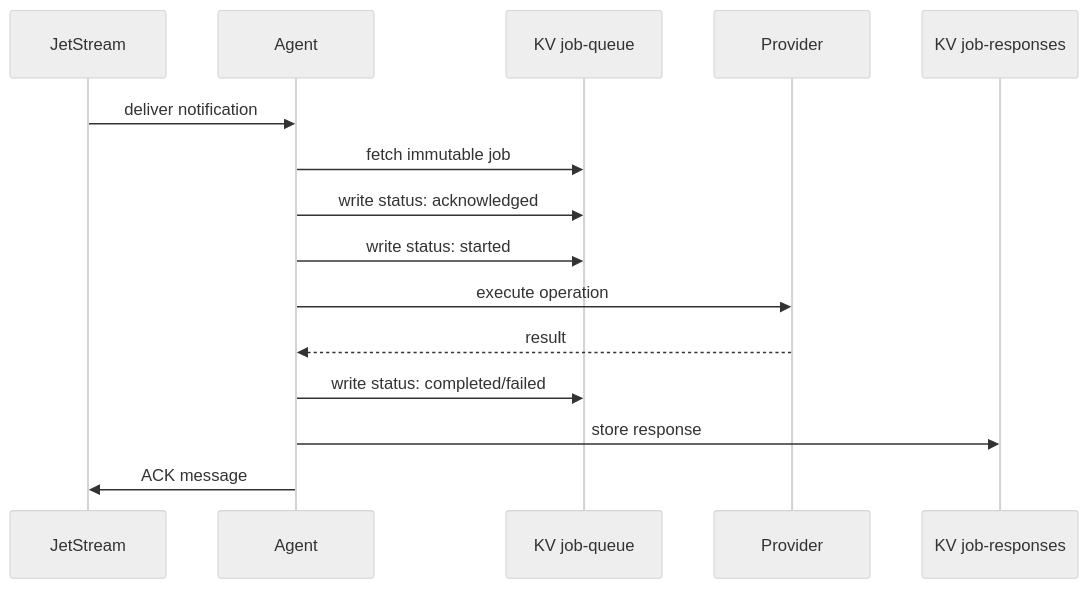
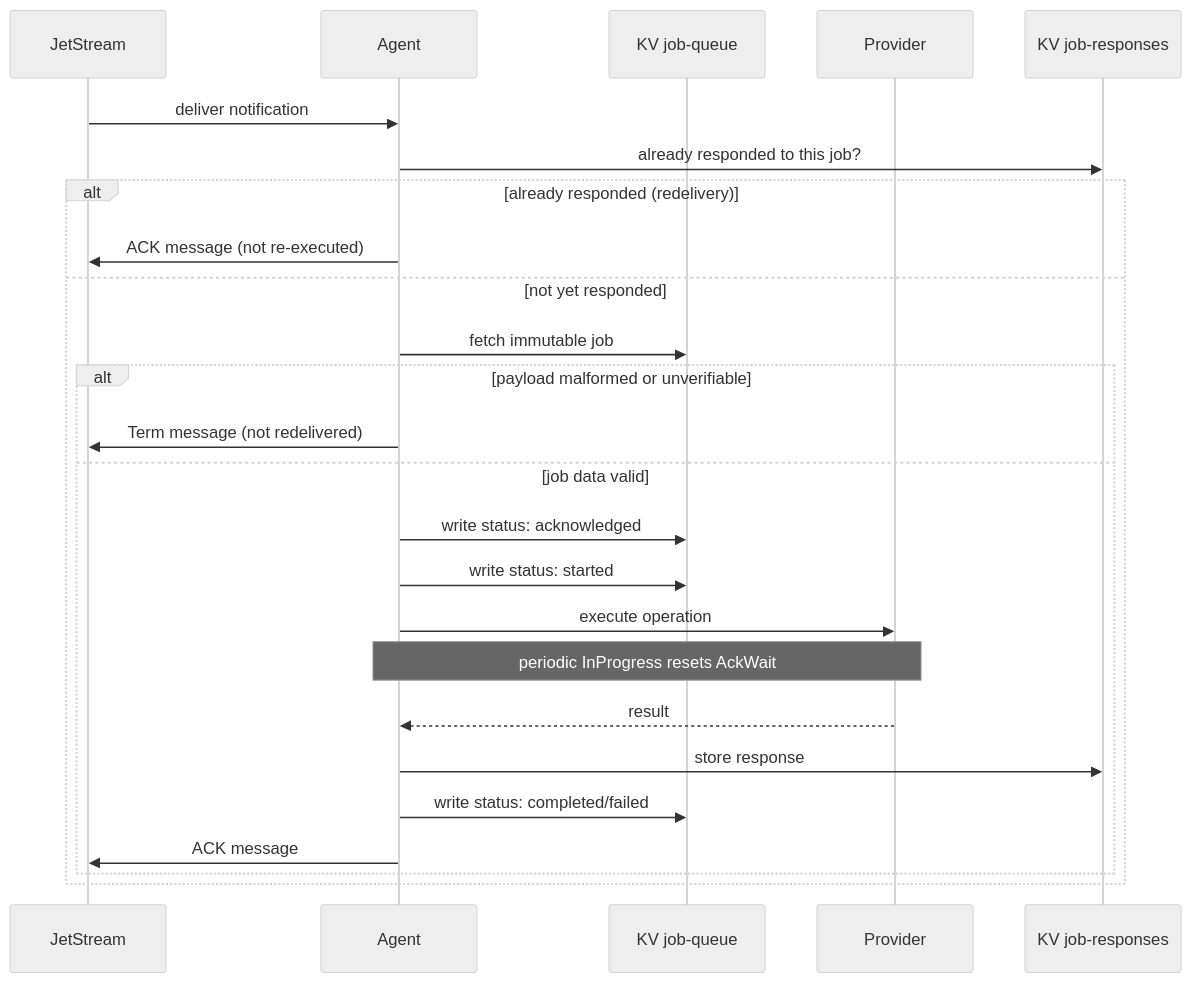
The third of 3 diagrams in docs/docs/sidebar/architecture/job-architecture.md (osapi-io/osapi), drawn with Mermaid (neutral theme) before and after one commit. The commit also changed other lines of this file and 8 other files, not shown here.

````diff
--- a/docs/docs/sidebar/architecture/job-architecture.md
+++ b/docs/docs/sidebar/architecture/job-architecture.md
@@ -305,18 +305,28 @@
 ```mermaid
 sequenceDiagram
     participant JS as JetStream
     participant Agent
     participant KV as KV job-queue
     participant Provider
     participant KVR as KV job-responses
 
     JS->>Agent: deliver notification
-    Agent->>KV: fetch immutable job
-    Agent->>KV: write status: acknowledged
-    Agent->>KV: write status: started
-    Agent->>Provider: execute operation
-    Provider-->>Agent: result
-    Agent->>KV: write status: completed/failed
-    Agent->>KVR: store response
-    Agent->>JS: ACK message
+    Agent->>KVR: already responded to this job?
+    alt already responded (redelivery)
+        Agent->>JS: ACK message (not re-executed)
+    else not yet responded
+        Agent->>KV: fetch immutable job
+        alt payload malformed or unverifiable
+            Agent->>JS: Term message (not redelivered)
+        else job data valid
+            Agent->>KV: write status: acknowledged
+            Agent->>KV: write status: started
+            Agent->>Provider: execute operation
+            Note over Agent,Provider: periodic InProgress resets AckWait
+            Provider-->>Agent: result
+            Agent->>KVR: store response
+            Agent->>KV: write status: completed/failed
+            Agent->>JS: ACK message
+        end
+    end
 ```
````
